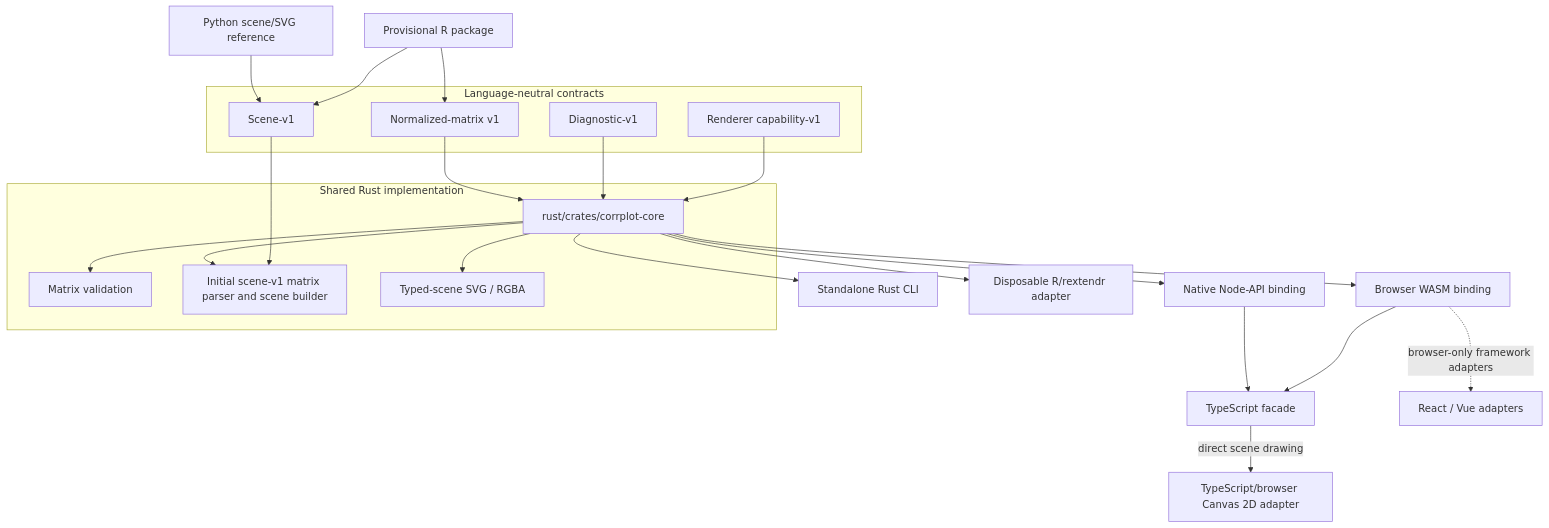
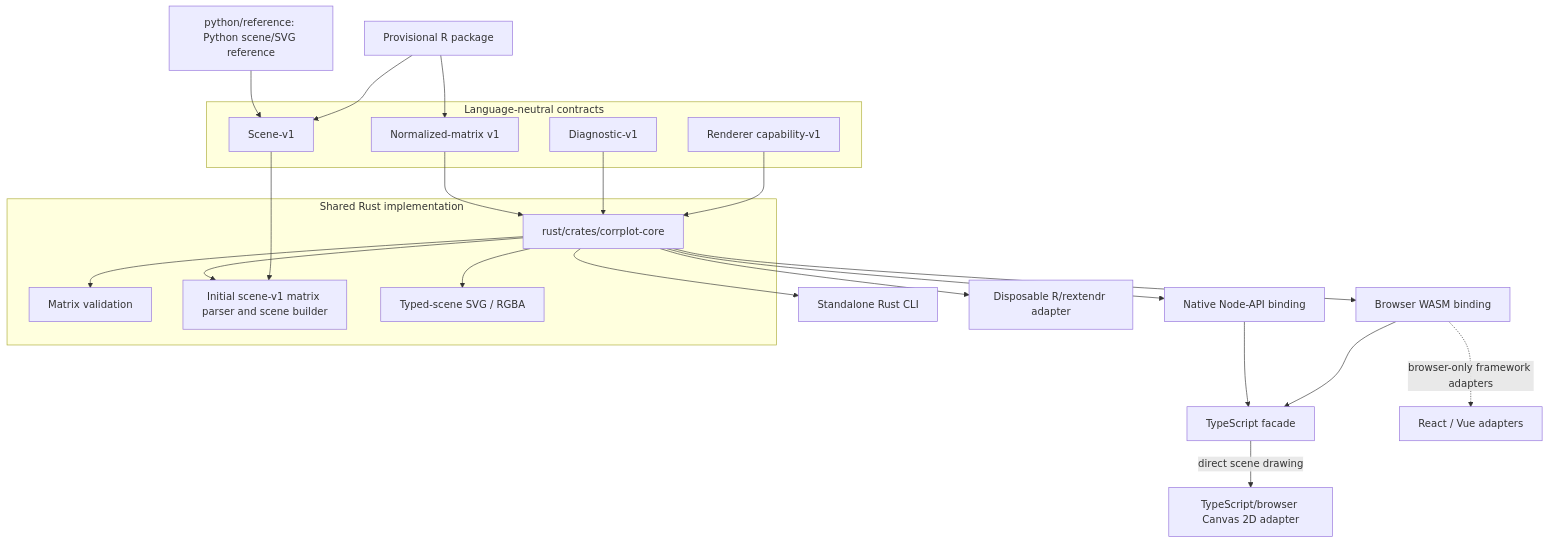
One commit to vsimko/corrplot-ng changed the diagram in docs/architecture.md. Above: the diagram before and after it, drawn with Mermaid. The commit also changed other lines of this file, not shown here.

Commit message:
refactor: update Python reference ownership documentation

````diff
--- a/docs/architecture.md
+++ b/docs/architecture.md
@@ -30,45 +30,45 @@
 ```mermaid
 flowchart TB
     subgraph Contracts[Language-neutral contracts]
       NM[Normalized-matrix v1]
       SC[Scene-v1]
       DIAG[Diagnostic-v1]
       CAP[Renderer capability-v1]
     end
 
     subgraph Rust[Shared Rust implementation]
       CORE[rust/crates/corrplot-core]
       VALIDATE[Matrix validation]
       BUILD[Initial scene-v1 matrix parser and scene builder]
       RENDER[Typed-scene SVG / RGBA]
       CORE --> VALIDATE
       CORE --> BUILD
       CORE --> RENDER
     end
 
     CLI[Standalone Rust CLI]
     NODE[Native Node-API binding]
     WASM[Browser WASM binding]
     R[Disposable R/rextendr adapter]
     TS[TypeScript facade]
-    PY[Python scene/SVG reference]
+    PY[python/reference: Python scene/SVG reference]
     RPKG[Provisional R package]
     CANVAS[TypeScript/browser Canvas 2D adapter]
     FRAME[React / Vue adapters]
 
     NM --> CORE
     SC --> BUILD
     DIAG --> CORE
     CAP --> CORE
     CORE --> CLI
     CORE --> NODE
     CORE --> WASM
     CORE --> R
     NODE --> TS
     WASM --> TS
     PY --> SC
     RPKG --> NM
     RPKG --> SC
     TS -->|direct scene drawing| CANVAS
     WASM -. browser-only framework adapters .-> FRAME
 ```
````
